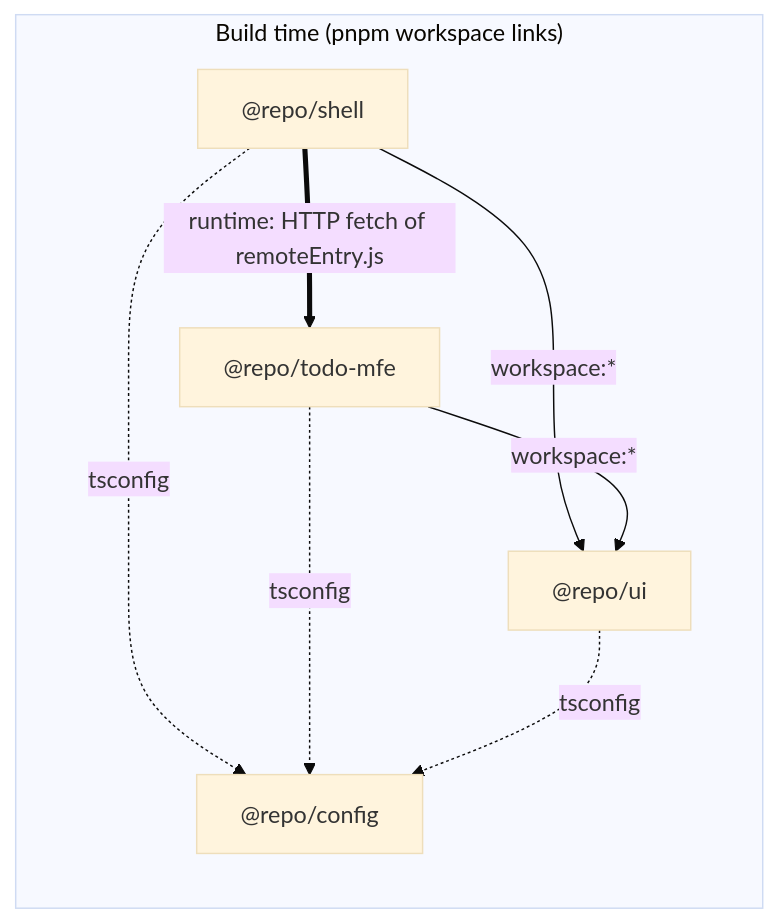
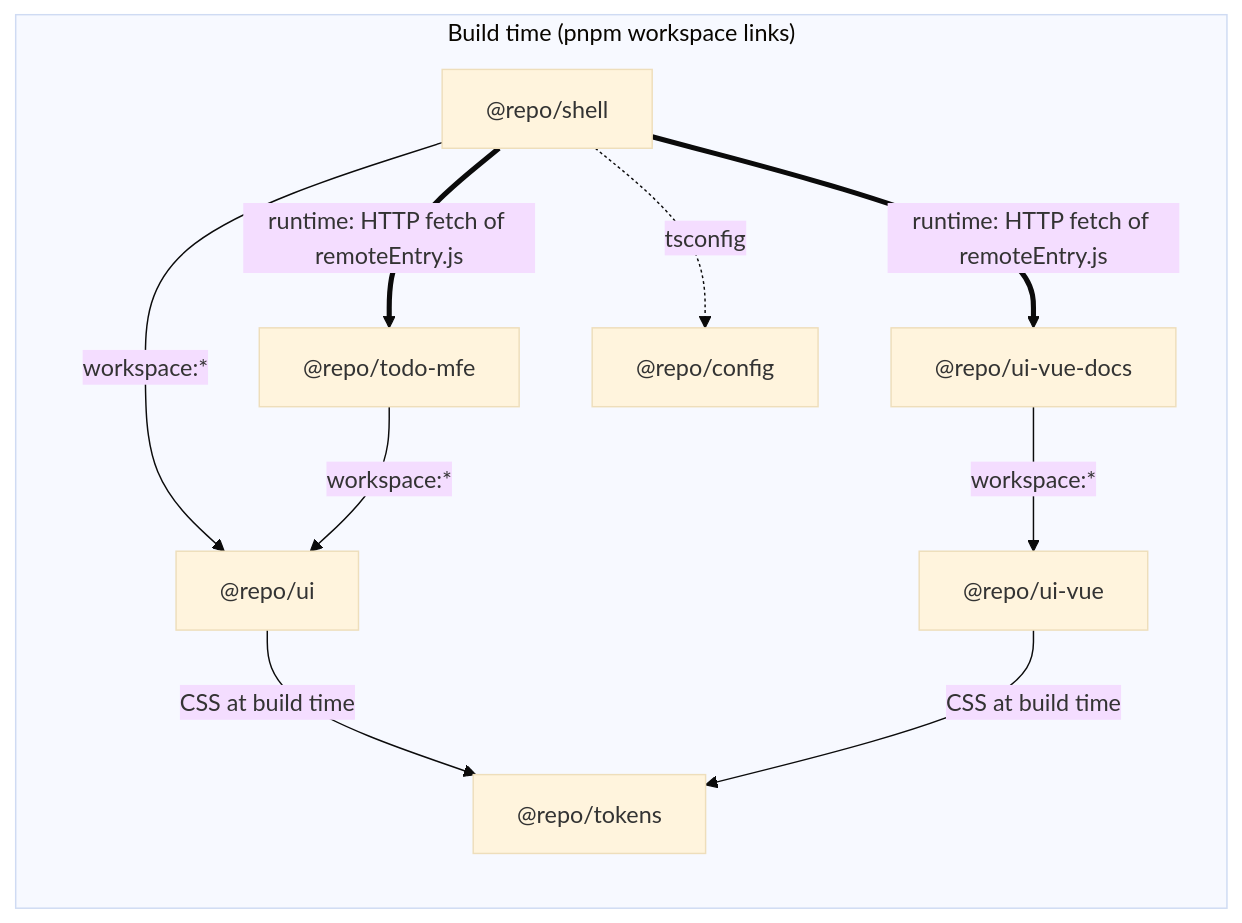
Before and after one commit to themis1986/hybrid-mfe-lab: the first of 2 diagrams in documents/how-it-works.md, drawn with Mermaid (base theme). The commit also changed other lines of this file and 6 other files, not shown here.

Commit message:
docs: tokens package, Vue library and the docs remote

````diff
--- a/documents/how-it-works.md
+++ b/documents/how-it-works.md
@@ -31,11 +34,13 @@
 ```mermaid
 graph LR
   subgraph "Build time (pnpm workspace links)"
     shell["@repo/shell"] -- "workspace:*" --> ui["@repo/ui"]
     mfe["@repo/todo-mfe"] -- "workspace:*" --> ui
+    docs["@repo/ui-vue-docs"] -- "workspace:*" --> uivue["@repo/ui-vue"]
+    ui -- "CSS at build time" --> tokens["@repo/tokens"]
+    uivue -- "CSS at build time" --> tokens
     shell -. tsconfig .-> config["@repo/config"]
-    mfe -. tsconfig .-> config
-    ui -. tsconfig .-> config
   end
   shell == "runtime: HTTP fetch of remoteEntry.js" ==> mfe
+  shell == "runtime: HTTP fetch of remoteEntry.js" ==> docs
 ```
````
